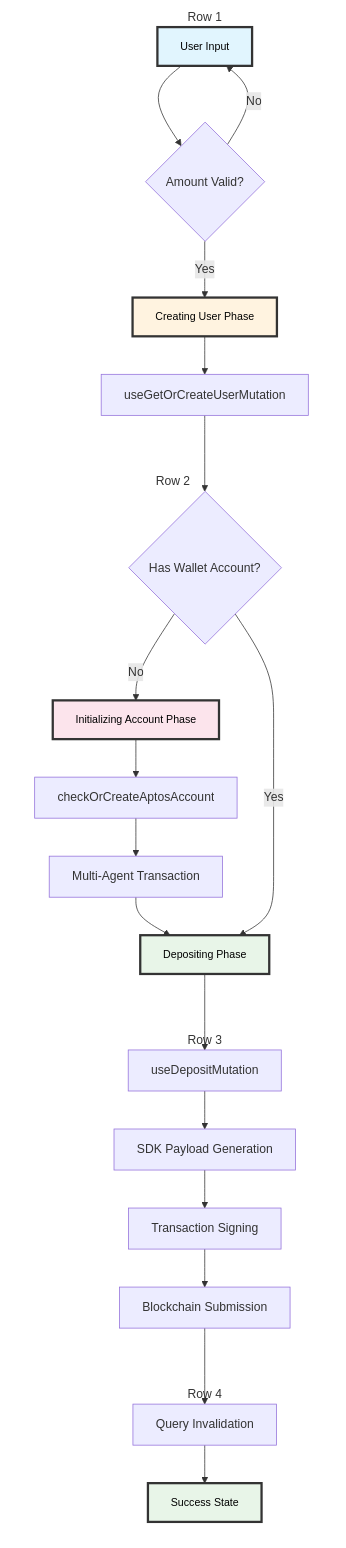
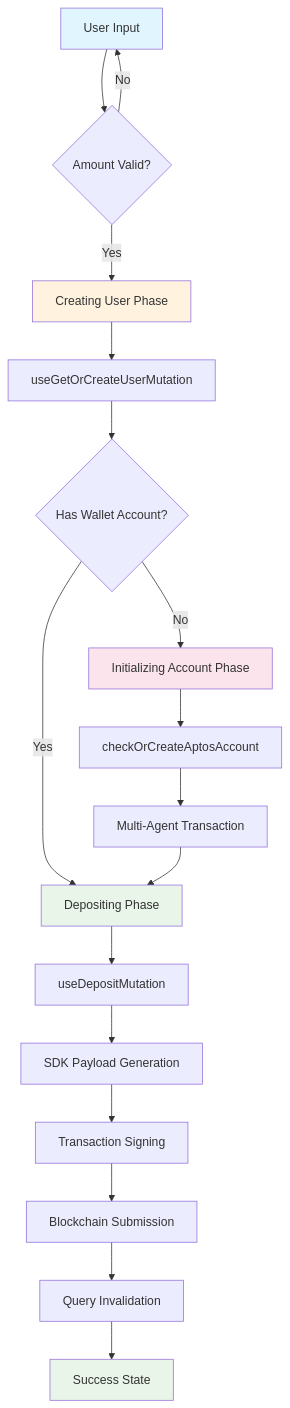
The second of 6 diagrams in README.md (MoneyFi-fund/moneyfi-SDK-example), drawn with Mermaid before and after one commit. The commit also changed other lines of this file, not shown here.

````diff
--- a/README.md
+++ b/README.md
@@ -139,72 +139,25 @@
 ```mermaid
-flowchart TB
-    %% Row 1: Left to Right
+flowchart TD
     A[User Input] --> B{Amount Valid?}
+    B -->|No| A
     B -->|Yes| C[Creating User Phase]
     C --> D[useGetOrCreateUserMutation]
-
-    %% Connect to Row 2
     D --> E{Has Wallet Account?}
-
-    %% Row 2: Right to Left (snake pattern)
     E -->|No| F[Initializing Account Phase]
+    E -->|Yes| I[Depositing Phase]
     F --> G[checkOrCreateAptosAccount]
     G --> H[Multi-Agent Transaction]
-    H --> I[Depositing Phase]
-    E -->|Yes| I
-
-    %% Connect to Row 3
+    H --> I
     I --> J[useDepositMutation]
-
-    %% Row 3: Left to Right
     J --> K[SDK Payload Generation]
     K --> L[Transaction Signing]
     L --> M[Blockchain Submission]
-
-    %% Connect to Row 4
     M --> N[Query Invalidation]
     N --> O[Success State]
-
-    %% Back loop
-    B -->|No| A
-
-    %% Positioning for snake pattern
-    subgraph row1 ["Row 1"]
-        A
-        B
-        C
-        D
-    end
-
-    subgraph row2 ["Row 2"]
-        E
-        F
-        G
-        H
-        I
-    end
-
-    subgraph row3 ["Row 3"]
-        J
-        K
-        L
-        M
-    end
-
-    subgraph row4 ["Row 4"]
-        N
-        O
-    end
-
-    style A fill:#e1f5fe,color:#000,stroke:#333,stroke-width:3px,font-size:14px
-    style C fill:#fff3e0,color:#000,stroke:#333,stroke-width:3px,font-size:14px
-    style F fill:#fce4ec,color:#000,stroke:#333,stroke-width:3px,font-size:14px
-    style I fill:#e8f5e8,color:#000,stroke:#333,stroke-width:3px,font-size:14px
-    style O fill:#e8f5e8,color:#000,stroke:#333,stroke-width:3px,font-size:14px
-
-    %% Hide subgraph borders
-    style row1 fill:none,stroke:none
-    style row2 fill:none,stroke:none
-    style row3 fill:none,stroke:none
-    style row4 fill:none,stroke:none
+    
+    style A fill:#e1f5fe
+    style C fill:#fff3e0
+    style F fill:#fce4ec
+    style I fill:#e8f5e8
+    style O fill:#e8f5e8
 ```
````
